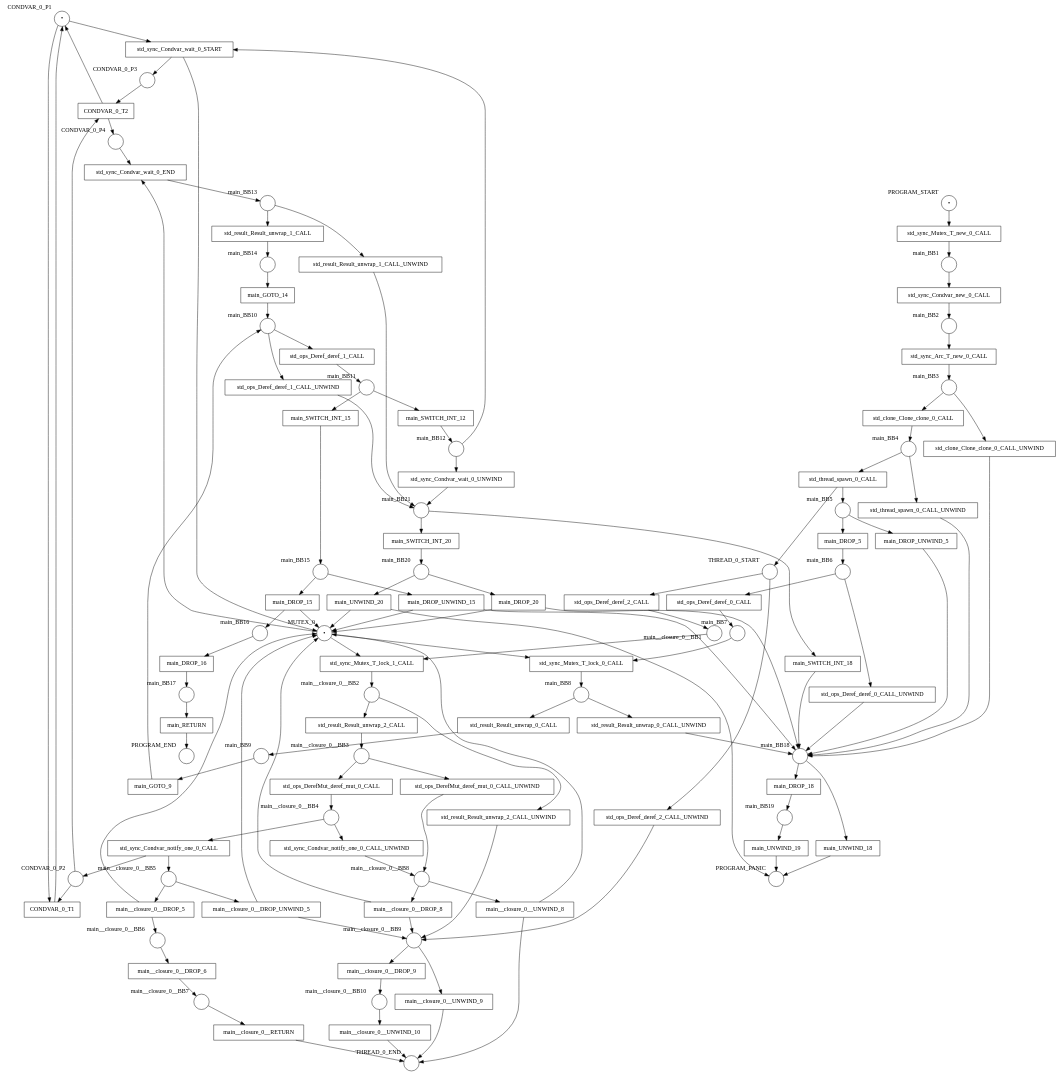
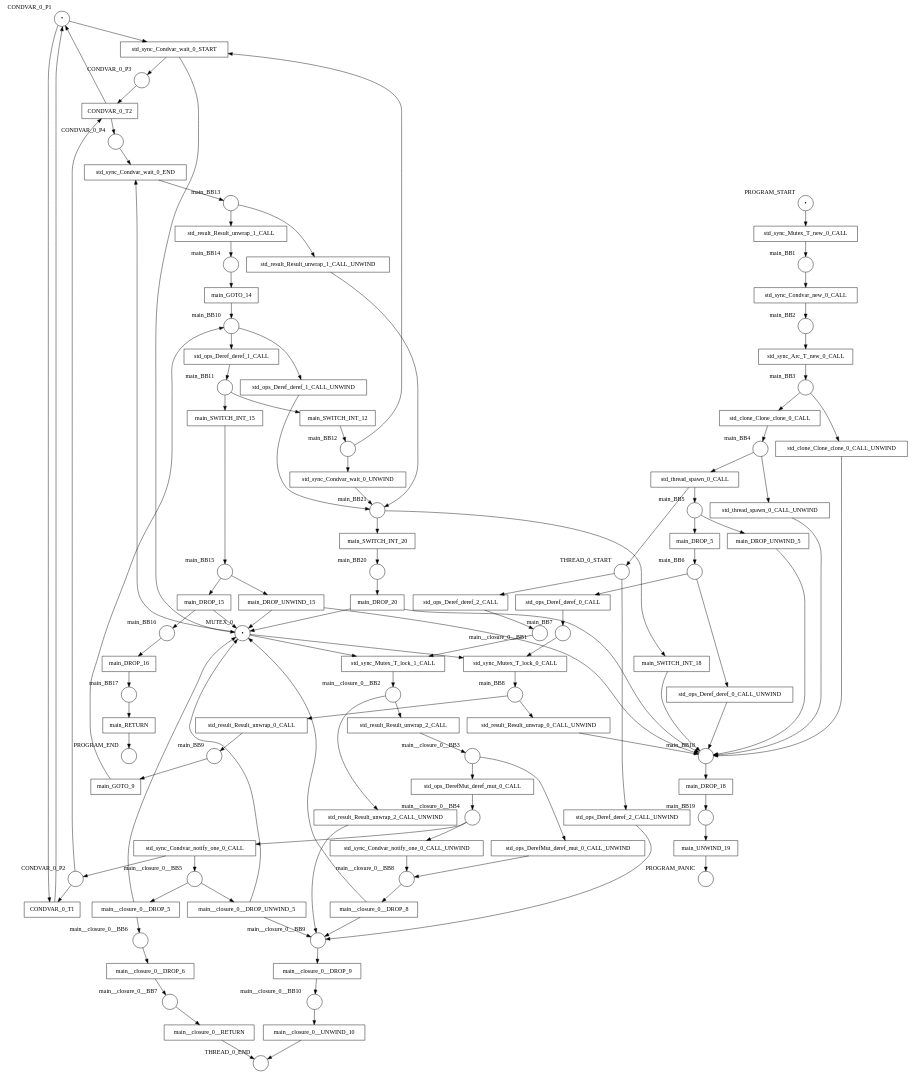
One commit to hlisdero/cargo-check-deadlock changed the diagram in examples/results/condvar/two_threads_sharing_condvar/net.dot. Above: the diagram before and after it, drawn with Graphviz. The commit also changed 38 other files, not shown here.

```diff
--- a/examples/results/condvar/two_threads_sharing_condvar/net.dot
+++ b/examples/results/condvar/two_threads_sharing_condvar/net.dot
@@ -56,9 +56,7 @@
     main_SWITCH_INT_15 [shape="box" xlabel="" label="main_SWITCH_INT_15"];
     main_SWITCH_INT_18 [shape="box" xlabel="" label="main_SWITCH_INT_18"];
     main_SWITCH_INT_20 [shape="box" xlabel="" label="main_SWITCH_INT_20"];
-    main_UNWIND_18 [shape="box" xlabel="" label="main_UNWIND_18"];
     main_UNWIND_19 [shape="box" xlabel="" label="main_UNWIND_19"];
-    main_UNWIND_20 [shape="box" xlabel="" label="main_UNWIND_20"];
     main__closure_0__DROP_5 [shape="box" xlabel="" label="main__closure_0__DROP_5"];
     main__closure_0__DROP_6 [shape="box" xlabel="" label="main__closure_0__DROP_6"];
     main__closure_0__DROP_8 [shape="box" xlabel="" label="main__closure_0__DROP_8"];
@@ -66,8 +64,6 @@
     main__closure_0__DROP_UNWIND_5 [shape="box" xlabel="" label="main__closure_0__DROP_UNWIND_5"];
     main__closure_0__RETURN [shape="box" xlabel="" label="main__closure_0__RETURN"];
     main__closure_0__UNWIND_10 [shape="box" xlabel="" label="main__closure_0__UNWIND_10"];
-    main__closure_0__UNWIND_8 [shape="box" xlabel="" label="main__closure_0__UNWIND_8"];
-    main__closure_0__UNWIND_9 [shape="box" xlabel="" label="main__closure_0__UNWIND_9"];
     std_clone_Clone_clone_0_CALL [shape="box" xlabel="" label="std_clone_Clone_clone_0_CALL"];
     std_clone_Clone_clone_0_CALL_UNWIND [shape="box" xlabel="" label="std_clone_Clone_clone_0_CALL_UNWIND"];
     std_ops_DerefMut_deref_mut_0_CALL [shape="box" xlabel="" label="std_ops_DerefMut_deref_mut_0_CALL"];
@@ -123,11 +119,9 @@
     main_BB16 -> main_DROP_16;
     main_BB17 -> main_RETURN;
     main_BB18 -> main_DROP_18;
-    main_BB18 -> main_UNWIND_18;
     main_BB19 -> main_UNWIND_19;
     main_BB2 -> std_sync_Arc_T_new_0_CALL;
     main_BB20 -> main_DROP_20;
-    main_BB20 -> main_UNWIND_20;
     main_BB21 -> main_SWITCH_INT_18;
     main_BB21 -> main_SWITCH_INT_20;
     main_BB3 -> std_clone_Clone_clone_0_CALL;
@@ -155,9 +149,7 @@
     main__closure_0__BB6 -> main__closure_0__DROP_6;
     main__closure_0__BB7 -> main__closure_0__RETURN;
     main__closure_0__BB8 -> main__closure_0__DROP_8;
-    main__closure_0__BB8 -> main__closure_0__UNWIND_8;
     main__closure_0__BB9 -> main__closure_0__DROP_9;
-    main__closure_0__BB9 -> main__closure_0__UNWIND_9;
     CONDVAR_0_T1 -> CONDVAR_0_P1;
     CONDVAR_0_T2 -> CONDVAR_0_P1;
     CONDVAR_0_T2 -> CONDVAR_0_P4;
@@ -178,10 +170,7 @@
     main_SWITCH_INT_15 -> main_BB15;
     main_SWITCH_INT_18 -> main_BB18;
     main_SWITCH_INT_20 -> main_BB20;
-    main_UNWIND_18 -> PROGRAM_PANIC;
     main_UNWIND_19 -> PROGRAM_PANIC;
-    main_UNWIND_20 -> MUTEX_0;
-    main_UNWIND_20 -> PROGRAM_PANIC;
     main__closure_0__DROP_5 -> MUTEX_0;
     main__closure_0__DROP_5 -> main__closure_0__BB6;
     main__closure_0__DROP_6 -> main__closure_0__BB7;
@@ -192,9 +181,6 @@
     main__closure_0__DROP_UNWIND_5 -> main__closure_0__BB9;
     main__closure_0__RETURN -> THREAD_0_END;
     main__closure_0__UNWIND_10 -> THREAD_0_END;
-    main__closure_0__UNWIND_8 -> MUTEX_0;
-    main__closure_0__UNWIND_8 -> THREAD_0_END;
-    main__closure_0__UNWIND_9 -> THREAD_0_END;
     std_clone_Clone_clone_0_CALL -> main_BB4;
     std_clone_Clone_clone_0_CALL_UNWIND -> main_BB18;
     std_ops_DerefMut_deref_mut_0_CALL -> main__closure_0__BB4;
```
